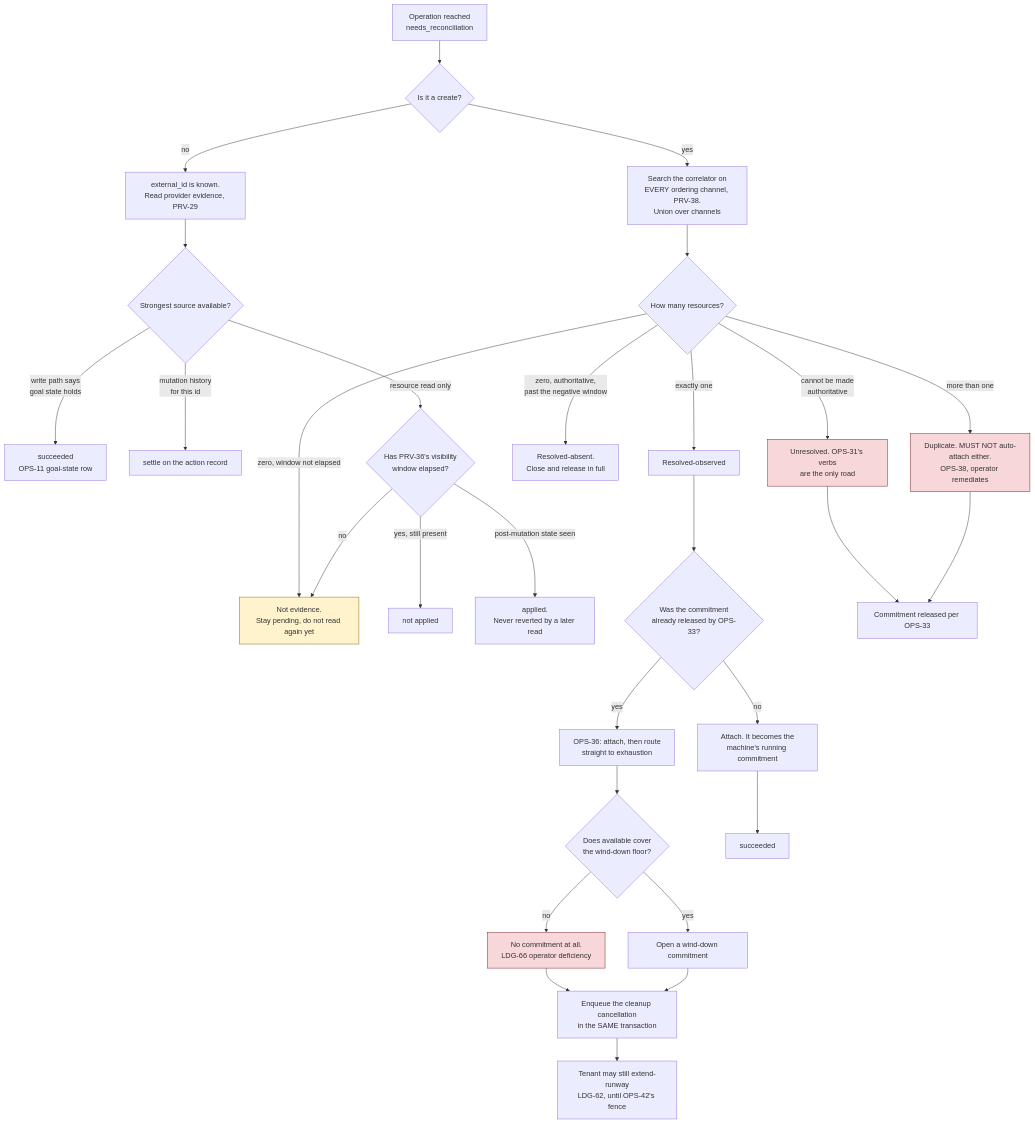
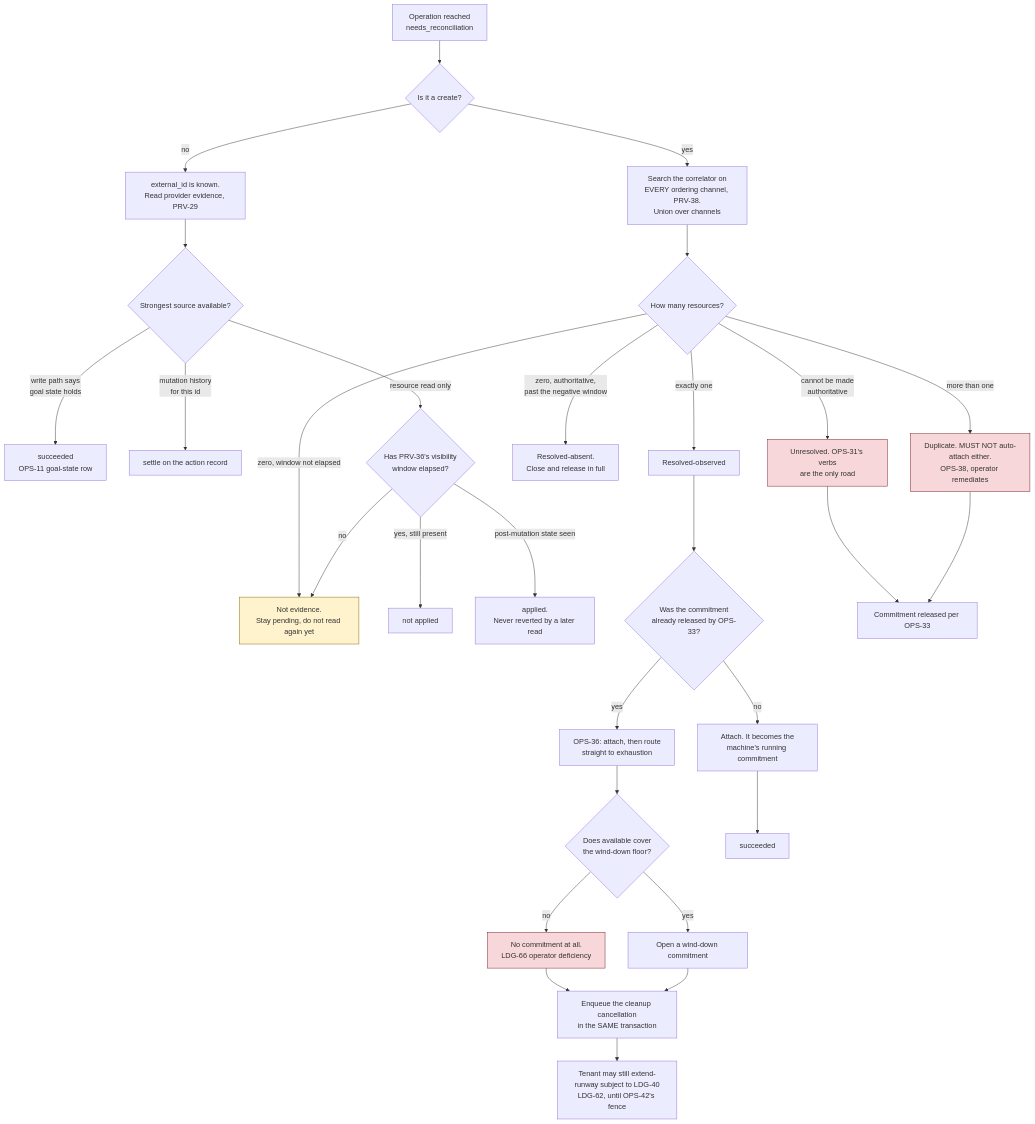
One commit to douglaz/provisiond changed the diagram in 03-operation-lifecycle.md. Above: the diagram before and after it, drawn with Mermaid. The commit also changed other lines of this file and 10 other files, not shown here.

````diff
--- a/03-operation-lifecycle.md
+++ b/03-operation-lifecycle.md
@@ -378,42 +378,42 @@
 ```mermaid
 flowchart TD
     A["Operation reached<br/>needs_reconciliation"] --> B{"Is it a create?"}
 
     B -- "no" --> C["external_id is known.<br/>Read provider evidence, PRV-29"]
     C --> C1{"Strongest source available?"}
     C1 -- "write path says<br/>goal state holds" --> DONE1["succeeded<br/>OPS-11 goal-state row"]
     C1 -- "mutation history<br/>for this id" --> DONE2["settle on the action record"]
     C1 -- "resource read only" --> C2{"Has PRV-36's visibility<br/>window elapsed?"}
     C2 -- "no" --> WAIT["Not evidence.<br/>Stay pending, do not read again yet"]
     C2 -- "yes, still present" --> NOTAPPLIED["not applied"]
     C2 -- "post-mutation state seen" --> DONE3["applied.<br/>Never reverted by a later read"]
 
     B -- "yes" --> D["Search the correlator on<br/>EVERY ordering channel, PRV-38.<br/>Union over channels"]
     D --> E{"How many resources?"}
 
     E -- "exactly one" --> F["Resolved-observed"]
     F --> F1{"Was the commitment<br/>already released by OPS-33?"}
     F1 -- "no" --> G["Attach. It becomes the<br/>machine's running commitment"]
     F1 -- "yes" --> H["OPS-36: attach, then route<br/>straight to exhaustion"]
     H --> H1{"Does available cover<br/>the wind-down floor?"}
     H1 -- "yes" --> H2["Open a wind-down commitment"]
     H1 -- "no" --> H3["No commitment at all.<br/>LDG-66 operator deficiency"]
     H2 --> I["Enqueue the cleanup cancellation<br/>in the SAME transaction"]
     H3 --> I
-    I --> J["Tenant may still extend-runway<br/>LDG-62, until OPS-42's fence"]
+    I --> J["Tenant may still extend-runway subject to LDG-40<br/>LDG-62, until OPS-42's fence"]
 
     E -- "zero, authoritative,<br/>past the negative window" --> K["Resolved-absent.<br/>Close and release in full"]
     E -- "zero, window not elapsed" --> WAIT
     E -- "more than one" --> L["Duplicate. MUST NOT auto-attach either.<br/>OPS-38, operator remediates"]
     E -- "cannot be made<br/>authoritative" --> M["Unresolved. OPS-31's verbs<br/>are the only road"]
 
     L --> N["Commitment released per OPS-33"]
     M --> N
 
     G --> DONE4["succeeded"]
 
     style WAIT fill:#fff3cd,stroke:#856404
     style L fill:#f8d7da,stroke:#721c24
     style M fill:#f8d7da,stroke:#721c24
     style H3 fill:#f8d7da,stroke:#721c24
 ```
````
